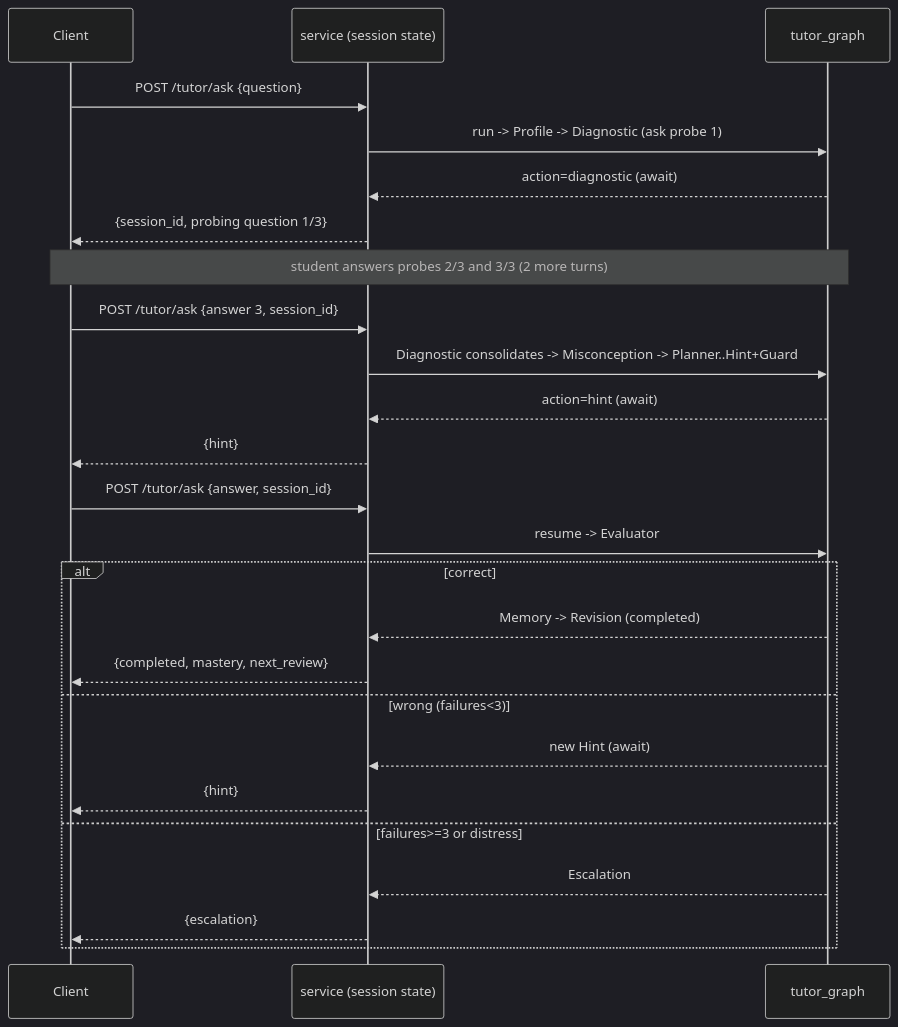
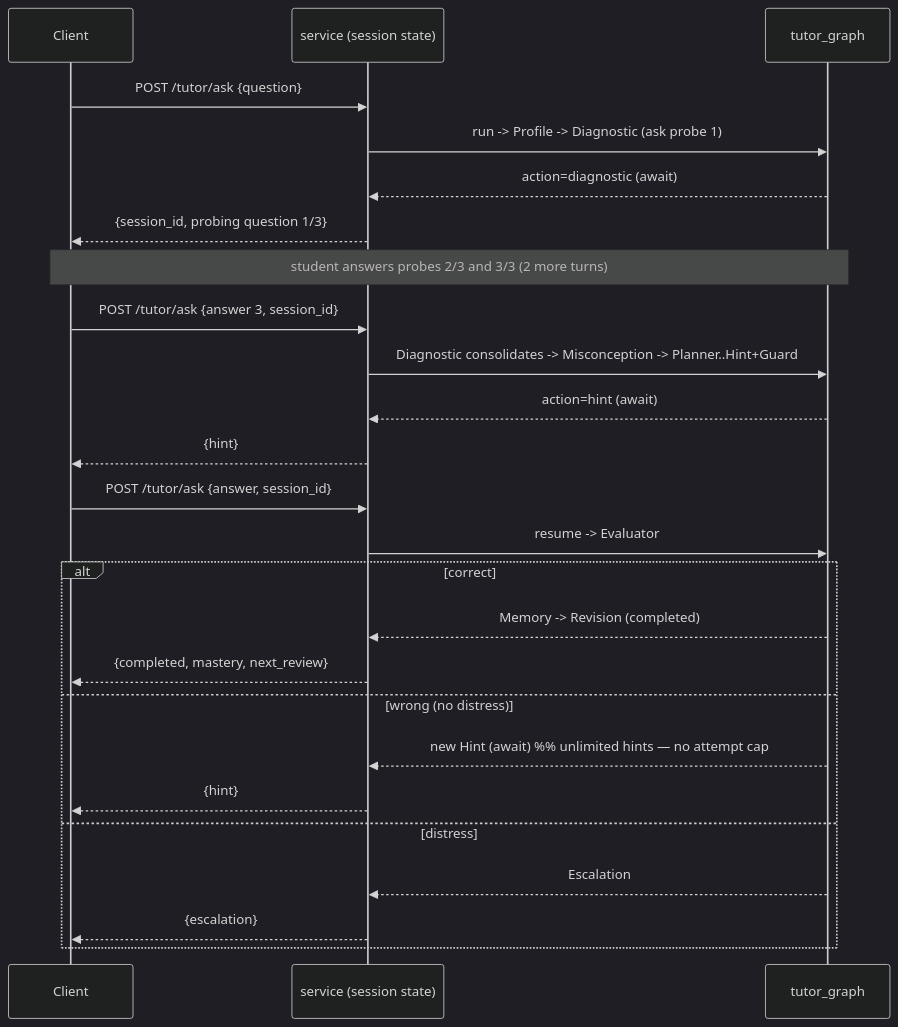
Before and after one commit to syamdumpala/Adapative_ai_tutor: the fourth of 4 diagrams in backend/architecture/DIAGRAM.md, drawn with Mermaid (dark theme). The commit also changed other lines of this file and 18 other files, not shown here.

````diff
--- a/backend/architecture/DIAGRAM.md
+++ b/backend/architecture/DIAGRAM.md
@@ -98,27 +98,27 @@
 ```mermaid
 sequenceDiagram
     participant C as Client
     participant S as service (session state)
     participant G as tutor_graph
     C->>S: POST /tutor/ask {question}
     S->>G: run -> Profile -> Diagnostic (ask probe 1)
     G-->>S: action=diagnostic (await)
     S-->>C: {session_id, probing question 1/3}
     Note over C,G: student answers probes 2/3 and 3/3 (2 more turns)
     C->>S: POST /tutor/ask {answer 3, session_id}
     S->>G: Diagnostic consolidates -> Misconception -> Planner..Hint+Guard
     G-->>S: action=hint (await)
     S-->>C: {hint}
     C->>S: POST /tutor/ask {answer, session_id}
     S->>G: resume -> Evaluator
     alt correct
         G-->>S: Memory -> Revision (completed)
         S-->>C: {completed, mastery, next_review}
-    else wrong (failures<3)
-        G-->>S: new Hint (await)
+    else wrong (no distress)
+        G-->>S: new Hint (await)  %% unlimited hints — no attempt cap
         S-->>C: {hint}
-    else failures>=3 or distress
+    else distress
         G-->>S: Escalation
         S-->>C: {escalation}
     end
 ```
````
